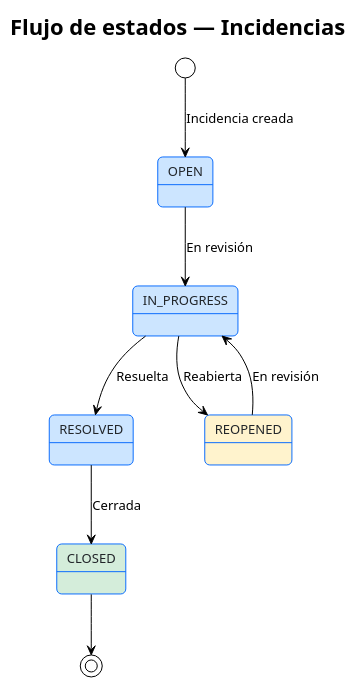
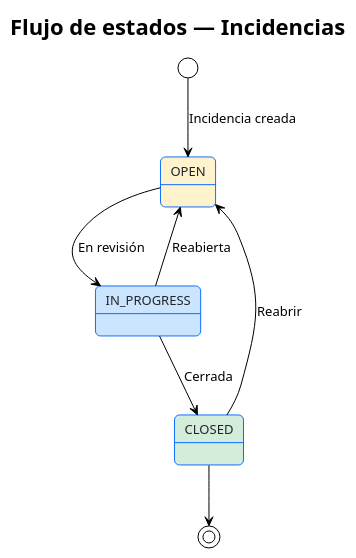
One commit to unjuannito/yambo changed the diagram in docs/issue-flow.puml. Above: the diagram before and after it, drawn with PlantUML. The commit also changed 273 other files, not shown here.

```diff
--- a/docs/issue-flow.puml
+++ b/docs/issue-flow.puml
@@ -1,30 +1,29 @@
 @startuml issue-flow
 !theme plain
 skinparam backgroundColor transparent
 skinparam defaultFontName "Segoe UI, Arial, sans-serif"
 skinparam defaultFontSize 13
 skinparam shadowing false
 skinparam roundCorner 10
 
 skinparam state {
   BackgroundColor #CCE5FF
   BorderColor #0D6EFD
   FontColor #212529
 }
 
 title Flujo de estados — Incidencias
 
 [*] --> OPEN : Incidencia creada
 
 OPEN --> IN_PROGRESS : En revisión
-IN_PROGRESS --> RESOLVED : Resuelta
-IN_PROGRESS --> REOPENED : Reabierta
-RESOLVED --> CLOSED : Cerrada
-REOPENED --> IN_PROGRESS : En revisión
+IN_PROGRESS --> CLOSED : Cerrada
+IN_PROGRESS --> OPEN : Reabierta
+CLOSED --> OPEN : Reabrir
 
 CLOSED --> [*]
 
 state CLOSED #D4EDDA
-state REOPENED #FFF3CD
+state OPEN #FFF3CD
 
 @enduml
```
